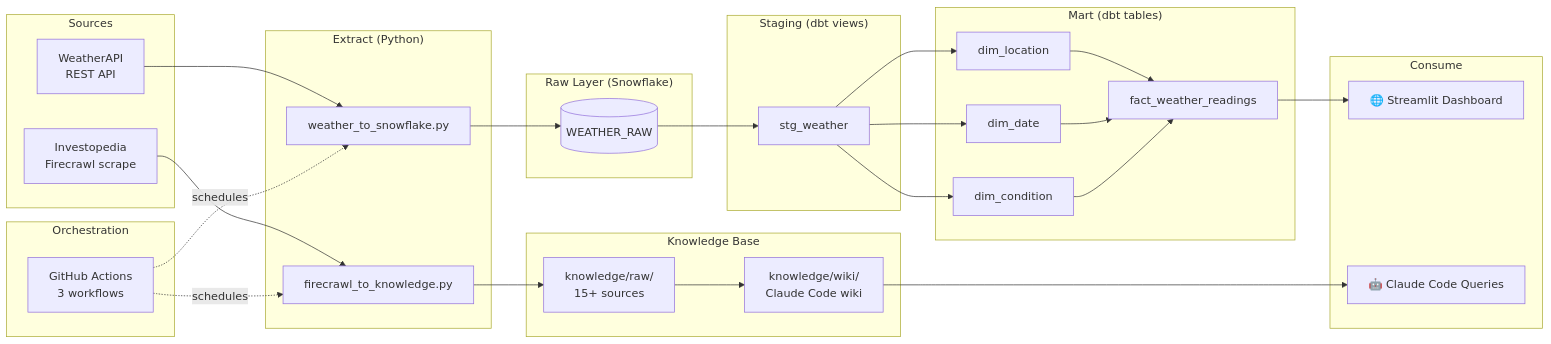
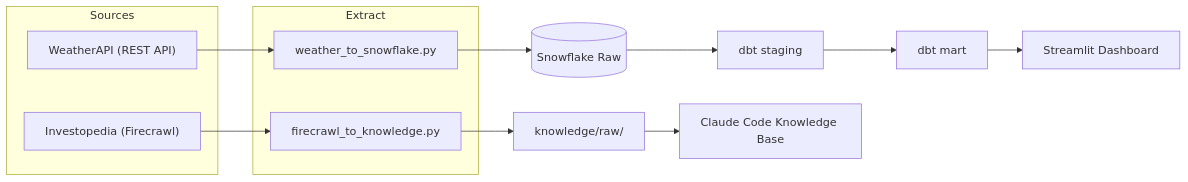
One commit to yjoe2027/data-analyst-fintech changed the first of 2 diagrams in README.md. Above: the diagram before and after it, drawn with Mermaid. The commit also changed other lines of this file, not shown here.

Commit message:
fix: resolve Mermaid rendering errors and add dashboard URL to README

````diff
--- a/README.md
+++ b/README.md
@@ -33,47 +33,19 @@
 ```mermaid
 flowchart LR
     subgraph Sources
-        A[WeatherAPI\nREST API]
-        B[Investopedia\nFirecrawl scrape]
+        A["WeatherAPI (REST API)"]
+        B["Investopedia (Firecrawl)"]
     end
-
-    subgraph Extract["Extract (Python)"]
+    subgraph Extract
         C[weather_to_snowflake.py]
         D[firecrawl_to_knowledge.py]
     end
-
-    subgraph Raw["Raw Layer (Snowflake)"]
-        E[(WEATHER_RAW)]
-    end
-
-    subgraph KB["Knowledge Base"]
-        F[knowledge/raw/\n15+ sources]
-        G[knowledge/wiki/\nClaude Code wiki]
-    end
-
-    subgraph Staging["Staging (dbt views)"]
-        H[stg_weather]
-    end
-
-    subgraph Mart["Mart (dbt tables)"]
-        I[dim_location]
-        J[dim_date]
-        K[dim_condition]
-        L[fact_weather_readings]
-    end
-
-    subgraph Consume["Consume"]
-        M[🌐 Streamlit Dashboard]
-        N[🤖 Claude Code Queries]
-    end
-
-    subgraph Orchestration["Orchestration"]
-        O[GitHub Actions\n3 workflows]
-    end
-
-    A --> C --> E --> H
-    H --> I & J & K --> L
-    L --> M
-    B --> D --> F --> G --> N
-    O -.->|schedules| C & D
+    A --> C
+    B --> D
+    C --> E[(Snowflake Raw)]
+    D --> F[knowledge/raw/]
+    E --> G[dbt staging]
+    G --> H[dbt mart]
+    H --> I[Streamlit Dashboard]
+    F --> J[Claude Code Knowledge Base]
 ```
````
